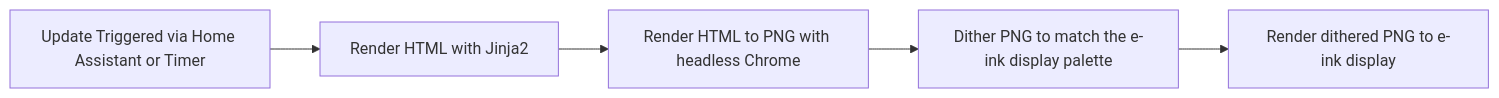
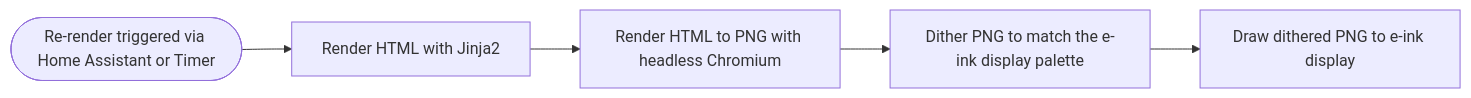
Before and after one commit to HampusAdolfsson/eink-dash: the diagram in README.md, drawn with Mermaid. The commit also changed other lines of this file and 1 other file, not shown here.

````diff
--- a/README.md
+++ b/README.md
@@ -38,8 +35,8 @@
 ```mermaid
 graph LR
-    A[Update Triggered via Home Assistant or Timer] --> B[Render HTML with Jinja2]
-    B --> C[Render HTML to PNG with headless Chrome]
+    A([Re-render triggered via Home Assistant or Timer]) --> B[Render HTML with Jinja2]
+    B --> C[Render HTML to PNG with headless Chromium]
     C --> D[Dither PNG to match the e-ink display palette]
-    D --> E[Render dithered PNG to e-ink display]
+    D --> E[Draw dithered PNG to e-ink display]
 
 ```
````
